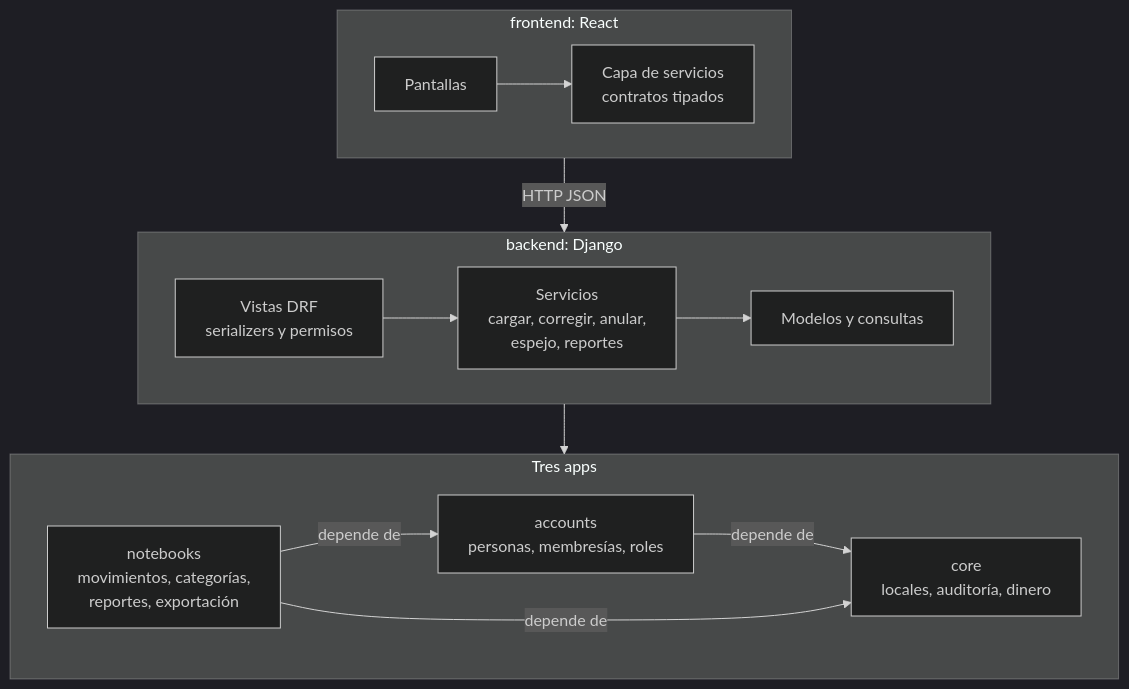
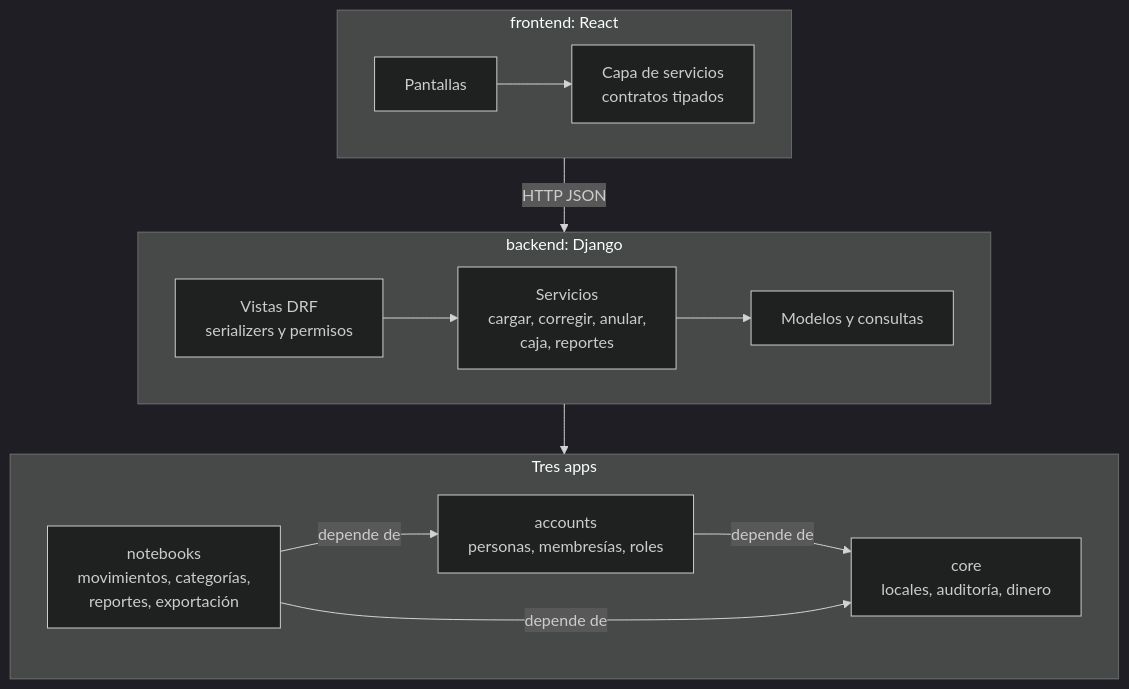
The third of 5 diagrams in docs/diagramas/01-arquitectura.md (aleharo2003/floky-cuadernos), drawn with Mermaid (dark theme) before and after one commit. The commit also changed 45 other files, not shown here.

````diff
--- a/docs/diagramas/01-arquitectura.md
+++ b/docs/diagramas/01-arquitectura.md
@@ -66,22 +66,22 @@
 ```mermaid
 flowchart TB
     subgraph Front["frontend: React"]
         direction LR
         Pantallas["Pantallas"] --> Contratos["Capa de servicios<br/>contratos tipados"]
     end
     subgraph Back["backend: Django"]
         direction LR
-        Vistas["Vistas DRF<br/>serializers y permisos"] --> Servicios["Servicios<br/>cargar, corregir, anular,<br/>espejo, reportes"] --> Modelos["Modelos y consultas"]
+        Vistas["Vistas DRF<br/>serializers y permisos"] --> Servicios["Servicios<br/>cargar, corregir, anular,<br/>caja, reportes"] --> Modelos["Modelos y consultas"]
     end
     subgraph Apps["Tres apps"]
         direction LR
         Notebooks["notebooks<br/>movimientos, categorías,<br/>reportes, exportación"]
         Accounts["accounts<br/>personas, membresías, roles"]
         Core["core<br/>locales, auditoría, dinero"]
         Notebooks -->|"depende de"| Accounts
         Accounts -->|"depende de"| Core
         Notebooks -->|"depende de"| Core
     end
     Front -->|"HTTP JSON"| Back
     Back --> Apps
 ```
````
